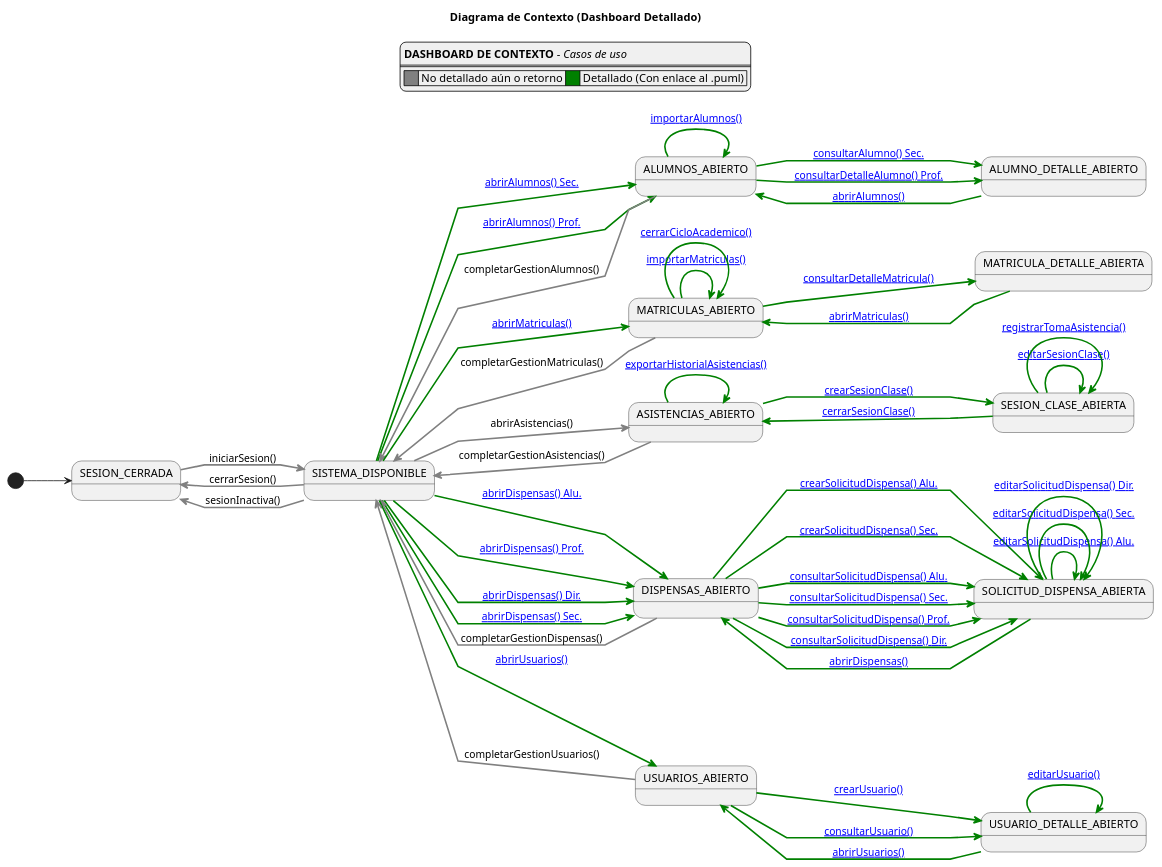
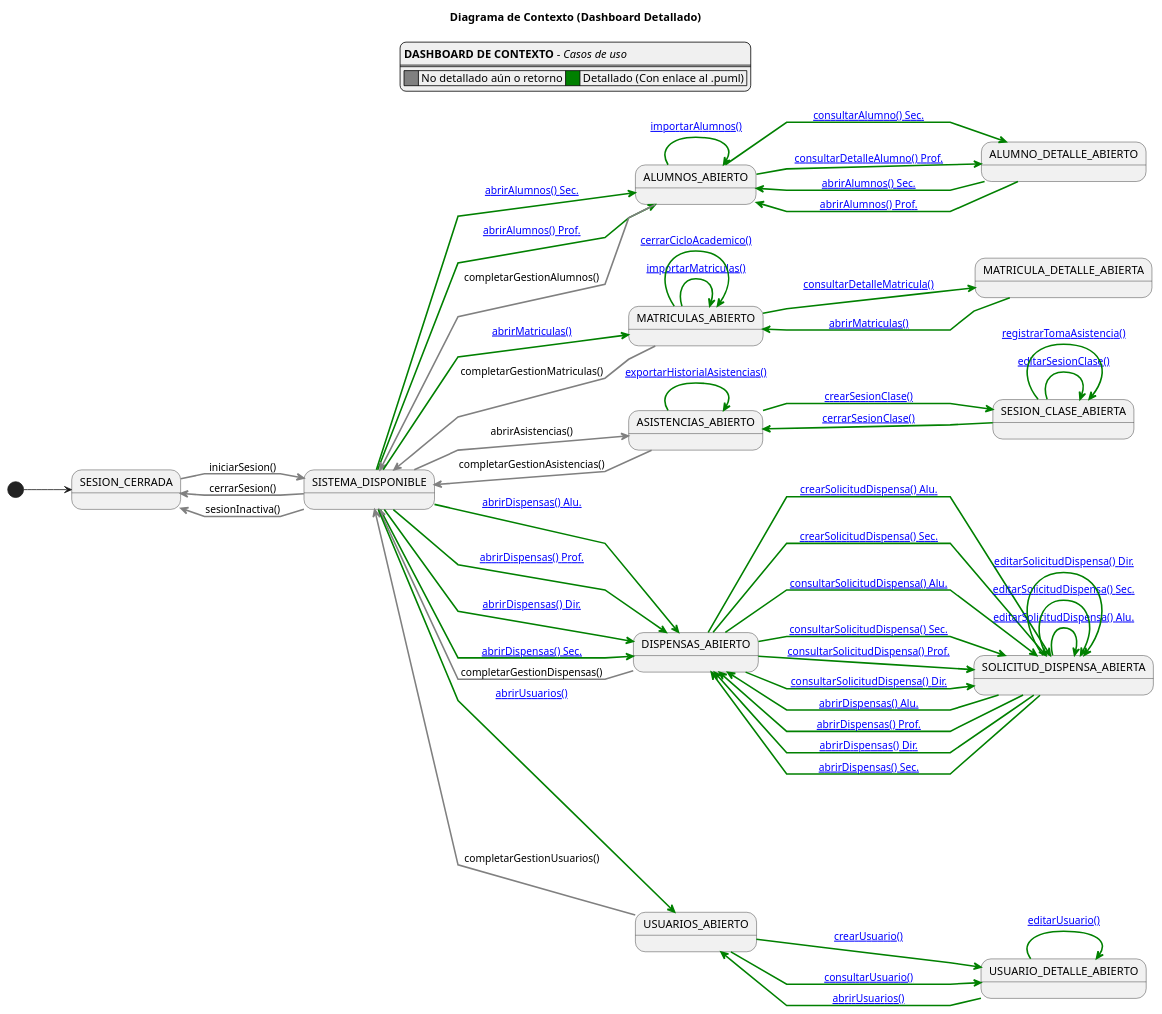
One commit to enmabry/25-26-IdSw1-SdR changed the diagram in documents/CasosDeUso/DiagramaDeContexto/DiagramaDeContextoDetallado.puml. Above: the diagram before and after it, drawn with PlantUML. The commit also changed 1 other file, not shown here.

Commit message:
Ultimos cambios en el diagrama de contexto y su forma de dashboard.

```diff
--- a/documents/CasosDeUso/DiagramaDeContexto/DiagramaDeContextoDetallado.puml
+++ b/documents/CasosDeUso/DiagramaDeContexto/DiagramaDeContextoDetallado.puml
@@ -1,114 +1,118 @@
 @startuml
 title Diagrama de Contexto (Dashboard Detallado)
 left to right direction
 skinparam style strictuml
 skinparam linetype polyline
 
 <style>
 legend {
   BackGroundColor #f0f0f0
 }
 </style>
 
 legend top
     **DASHBOARD DE CONTEXTO** - <i>Casos de uso</i>
     ====
     |<#gray>     | No detallado aún o retorno |<#green>     | Detallado (Con enlace al .puml) |
 end legend
 
 state "SESION_CERRADA" as NoAuth
 state "SISTEMA_DISPONIBLE" as Menu
 
 state "ALUMNOS_ABIERTO" as ListAlumnos
 state "ALUMNO_DETALLE_ABIERTO" as EditAlumno
 
 state "MATRICULAS_ABIERTO" as ListMatriculas
 state "MATRICULA_DETALLE_ABIERTA" as EditMatricula
 
 state "ASISTENCIAS_ABIERTO" as ListAsistencias
 state "SESION_CLASE_ABIERTA" as EditSesion
 
 state "DISPENSAS_ABIERTO" as ListDispensas
 state "SOLICITUD_DISPENSA_ABIERTA" as EditDispensa
 
 state "USUARIOS_ABIERTO" as ListUsuarios
 state "USUARIO_DETALLE_ABIERTO" as EditUsuario
 
 [*] --> NoAuth
 
 ' --- CONTROL DE ACCESO ---
 NoAuth -[#gray,thickness=2]-> Menu : iniciarSesion()
 Menu -[#gray,thickness=2]-> NoAuth : cerrarSesion()
 Menu -[#gray,thickness=2]-> NoAuth : sesionInactiva()
 
 ' ==========================================
 '   MÓDULO ALUMNOS
 ' ==========================================
 Menu -[#green,thickness=2]-> ListAlumnos : [[https://github.com/enmabry/25-26-IdSw1-SdR/blob/main/documents/CasosDeUso/DetalladoCasosDeUso/README.md#abrir-alumnos-secretaria abrirAlumnos() Sec.]]
 Menu -[#green,thickness=2]-> ListAlumnos : [[https://github.com/enmabry/25-26-IdSw1-SdR/blob/main/documents/CasosDeUso/DetalladoCasosDeUso/README.md#abrir-alumnos-profesor abrirAlumnos() Prof.]]
 ListAlumnos -[#gray,thickness=2]-> Menu : completarGestionAlumnos()
 
 ListAlumnos -[#green,thickness=2]-> ListAlumnos : [[https://github.com/enmabry/25-26-IdSw1-SdR/blob/main/documents/CasosDeUso/DetalladoCasosDeUso/README.md#importar-alumnos-secretaria importarAlumnos()]]
 ListAlumnos -[#green,thickness=2]-> EditAlumno : [[https://github.com/enmabry/25-26-IdSw1-SdR/blob/main/documents/CasosDeUso/DetalladoCasosDeUso/README.md#consultar-alumno-secretaria consultarAlumno() Sec.]]
 ListAlumnos -[#green,thickness=2]-> EditAlumno : [[https://github.com/enmabry/25-26-IdSw1-SdR/blob/main/documents/CasosDeUso/DetalladoCasosDeUso/README.md#consultar-detalle-alumno-profesor consultarDetalleAlumno() Prof.]]
-EditAlumno -[#green,thickness=2]-> ListAlumnos : [[https://github.com/enmabry/25-26-IdSw1-SdR/blob/main/documents/CasosDeUso/DetalladoCasosDeUso/README.md#abrir-alumnos-secretaria abrirAlumnos()]]
+EditAlumno -[#green,thickness=2]-> ListAlumnos : [[https://github.com/enmabry/25-26-IdSw1-SdR/blob/main/documents/CasosDeUso/DetalladoCasosDeUso/README.md#abrir-alumnos-secretaria abrirAlumnos() Sec.]]
+EditAlumno -[#green,thickness=2]-> ListAlumnos : [[https://github.com/enmabry/25-26-IdSw1-SdR/blob/main/documents/CasosDeUso/DetalladoCasosDeUso/README.md#abrir-alumnos-profesor abrirAlumnos() Prof.]]
 
 ' ==========================================
 '   MÓDULO MATRÍCULAS
 ' ==========================================
 Menu -[#green,thickness=2]-> ListMatriculas : [[https://github.com/enmabry/25-26-IdSw1-SdR/blob/main/documents/CasosDeUso/DetalladoCasosDeUso/README.md#abrir-matriculas-secretaria abrirMatriculas()]]
 ListMatriculas -[#gray,thickness=2]-> Menu : completarGestionMatriculas()
 
 ListMatriculas -[#green,thickness=2]-> ListMatriculas : [[https://github.com/enmabry/25-26-IdSw1-SdR/blob/main/documents/CasosDeUso/DetalladoCasosDeUso/README.md#importar-matriculas-secretaria importarMatriculas()]]
 ListMatriculas -[#green,thickness=2]-> ListMatriculas : [[https://github.com/enmabry/25-26-IdSw1-SdR/blob/main/documents/CasosDeUso/DetalladoCasosDeUso/README.md#cerrar-ciclo-academico-secretaria cerrarCicloAcademico()]]
 ListMatriculas -[#green,thickness=2]-> EditMatricula : [[https://github.com/enmabry/25-26-IdSw1-SdR/blob/main/documents/CasosDeUso/DetalladoCasosDeUso/README.md#consultar-detalle-matricula-secretaria consultarDetalleMatricula()]]
 EditMatricula -[#green,thickness=2]-> ListMatriculas : [[https://github.com/enmabry/25-26-IdSw1-SdR/blob/main/documents/CasosDeUso/DetalladoCasosDeUso/README.md#abrir-matriculas-secretaria abrirMatriculas()]]
 
 ' ==========================================
 '   MÓDULO ASISTENCIAS (SESIONES DE CLASE)
 ' ==========================================
 Menu -[#gray,thickness=2]-> ListAsistencias : abrirAsistencias()
 ListAsistencias -[#gray,thickness=2]-> Menu : completarGestionAsistencias()
 
 ListAsistencias -[#green,thickness=2]-> ListAsistencias : [[https://github.com/enmabry/25-26-IdSw1-SdR/blob/main/documents/CasosDeUso/DetalladoCasosDeUso/README.md#exportar-historial-asistencias-profesor exportarHistorialAsistencias()]]
 ListAsistencias -[#green,thickness=2]-> EditSesion : [[https://github.com/enmabry/25-26-IdSw1-SdR/blob/main/documents/CasosDeUso/DetalladoCasosDeUso/README.md#crear-sesion-clase-profesor crearSesionClase()]]
 
 EditSesion -[#green,thickness=2]-> EditSesion : [[https://github.com/enmabry/25-26-IdSw1-SdR/blob/main/documents/CasosDeUso/DetalladoCasosDeUso/README.md#editar-sesion-clase-profesor editarSesionClase()]]
 EditSesion -[#green,thickness=2]-> EditSesion : [[https://github.com/enmabry/25-26-IdSw1-SdR/blob/main/documents/CasosDeUso/DetalladoCasosDeUso/README.md#registrar-toma-asistencia-profesor registrarTomaAsistencia()]]
 EditSesion -[#green,thickness=2]-> ListAsistencias : [[https://github.com/enmabry/25-26-IdSw1-SdR/blob/main/documents/CasosDeUso/DetalladoCasosDeUso/README.md#cerrar-sesion-clase-profesor cerrarSesionClase()]]
 
 ' ==========================================
 '   MÓDULO DISPENSAS
 ' ==========================================
 Menu -[#green,thickness=2]-> ListDispensas : [[https://github.com/enmabry/25-26-IdSw1-SdR/blob/main/documents/CasosDeUso/DetalladoCasosDeUso/README.md#abrir-dispensas-alumno abrirDispensas() Alu.]]
 Menu -[#green,thickness=2]-> ListDispensas : [[https://github.com/enmabry/25-26-IdSw1-SdR/blob/main/documents/CasosDeUso/DetalladoCasosDeUso/README.md#abrir-dispensas-profesor abrirDispensas() Prof.]]
 Menu -[#green,thickness=2]-> ListDispensas : [[https://github.com/enmabry/25-26-IdSw1-SdR/blob/main/documents/CasosDeUso/DetalladoCasosDeUso/README.md#abrir-dispensas-director-de-grado abrirDispensas() Dir.]]
 Menu -[#green,thickness=2]-> ListDispensas : [[https://github.com/enmabry/25-26-IdSw1-SdR/blob/main/documents/CasosDeUso/DetalladoCasosDeUso/README.md#abrir-dispensas-secretaria abrirDispensas() Sec.]]
 ListDispensas -[#gray,thickness=2]-> Menu : completarGestionDispensas()
 
 ListDispensas -[#green,thickness=2]-> EditDispensa : [[https://github.com/enmabry/25-26-IdSw1-SdR/blob/main/documents/CasosDeUso/DetalladoCasosDeUso/README.md#crear-solicitud-dispensa-alumno crearSolicitudDispensa() Alu.]]
 ListDispensas -[#green,thickness=2]-> EditDispensa : [[https://github.com/enmabry/25-26-IdSw1-SdR/blob/main/documents/CasosDeUso/DetalladoCasosDeUso/README.md#crear-solicitud-dispensa-secretaria crearSolicitudDispensa() Sec.]]
 
 ListDispensas -[#green,thickness=2]-> EditDispensa : [[https://github.com/enmabry/25-26-IdSw1-SdR/blob/main/documents/CasosDeUso/DetalladoCasosDeUso/README.md#consultar-solicitud-dispensa-alumno consultarSolicitudDispensa() Alu.]]
 ListDispensas -[#green,thickness=2]-> EditDispensa : [[https://github.com/enmabry/25-26-IdSw1-SdR/blob/main/documents/CasosDeUso/DetalladoCasosDeUso/README.md#consultar-solicitud-dispensa-secretaria consultarSolicitudDispensa() Sec.]]
 ListDispensas -[#green,thickness=2]-> EditDispensa : [[https://github.com/enmabry/25-26-IdSw1-SdR/blob/main/documents/CasosDeUso/DetalladoCasosDeUso/README.md#consultar-solicitud-dispensa-profesor consultarSolicitudDispensa() Prof.]]
 ListDispensas -[#green,thickness=2]-> EditDispensa : [[https://github.com/enmabry/25-26-IdSw1-SdR/blob/main/documents/CasosDeUso/DetalladoCasosDeUso/README.md#consultar-solicitud-dispensa-director-de-grado consultarSolicitudDispensa() Dir.]]
 
 EditDispensa -[#green,thickness=2]-> EditDispensa : [[https://github.com/enmabry/25-26-IdSw1-SdR/blob/main/documents/CasosDeUso/DetalladoCasosDeUso/README.md#editar-solicitud-dispensa-alumno editarSolicitudDispensa() Alu.]]
 EditDispensa -[#green,thickness=2]-> EditDispensa : [[https://github.com/enmabry/25-26-IdSw1-SdR/blob/main/documents/CasosDeUso/DetalladoCasosDeUso/README.md#editar-solicitud-dispensa-secretaria editarSolicitudDispensa() Sec.]]
 EditDispensa -[#green,thickness=2]-> EditDispensa : [[https://github.com/enmabry/25-26-IdSw1-SdR/blob/main/documents/CasosDeUso/DetalladoCasosDeUso/README.md#editar-solicitud-dispensa-director-de-grado editarSolicitudDispensa() Dir.]]
 
-EditDispensa -[#green,thickness=2]-> ListDispensas : [[https://github.com/enmabry/25-26-IdSw1-SdR/blob/main/documents/CasosDeUso/DetalladoCasosDeUso/README.md#abrir-dispensas-alumno abrirDispensas()]]
+EditDispensa -[#green,thickness=2]-> ListDispensas : [[https://github.com/enmabry/25-26-IdSw1-SdR/blob/main/documents/CasosDeUso/DetalladoCasosDeUso/README.md#abrir-dispensas-alumno abrirDispensas() Alu.]]
+EditDispensa -[#green,thickness=2]-> ListDispensas : [[https://github.com/enmabry/25-26-IdSw1-SdR/blob/main/documents/CasosDeUso/DetalladoCasosDeUso/README.md#abrir-dispensas-profesor abrirDispensas() Prof.]]
+EditDispensa -[#green,thickness=2]-> ListDispensas : [[https://github.com/enmabry/25-26-IdSw1-SdR/blob/main/documents/CasosDeUso/DetalladoCasosDeUso/README.md#abrir-dispensas-director-de-grado abrirDispensas() Dir.]]
+EditDispensa -[#green,thickness=2]-> ListDispensas : [[https://github.com/enmabry/25-26-IdSw1-SdR/blob/main/documents/CasosDeUso/DetalladoCasosDeUso/README.md#abrir-dispensas-secretaria abrirDispensas() Sec.]]
 
 ' ==========================================
 '   MÓDULO USUARIOS Y ROLES
 ' ==========================================
 Menu -[#green,thickness=2]-> ListUsuarios : [[https://github.com/enmabry/25-26-IdSw1-SdR/blob/main/documents/CasosDeUso/DetalladoCasosDeUso/README.md#abrir-usuarios-administrador abrirUsuarios()]]
 ListUsuarios -[#gray,thickness=2]-> Menu : completarGestionUsuarios()
 
 ListUsuarios -[#green,thickness=2]-> EditUsuario : [[https://github.com/enmabry/25-26-IdSw1-SdR/blob/main/documents/CasosDeUso/DetalladoCasosDeUso/README.md#crear-usuario-administrador crearUsuario()]]
 ListUsuarios -[#green,thickness=2]-> EditUsuario : [[https://github.com/enmabry/25-26-IdSw1-SdR/blob/main/documents/CasosDeUso/DetalladoCasosDeUso/README.md#consultar-usuario-administrador consultarUsuario()]]
 
 EditUsuario -[#green,thickness=2]-> EditUsuario : [[https://github.com/enmabry/25-26-IdSw1-SdR/blob/main/documents/CasosDeUso/DetalladoCasosDeUso/README.md#editar-usuario-administrador editarUsuario()]]
 EditUsuario -[#green,thickness=2]-> ListUsuarios : [[https://github.com/enmabry/25-26-IdSw1-SdR/blob/main/documents/CasosDeUso/DetalladoCasosDeUso/README.md#abrir-usuarios-administrador abrirUsuarios()]]
 @enduml
```
